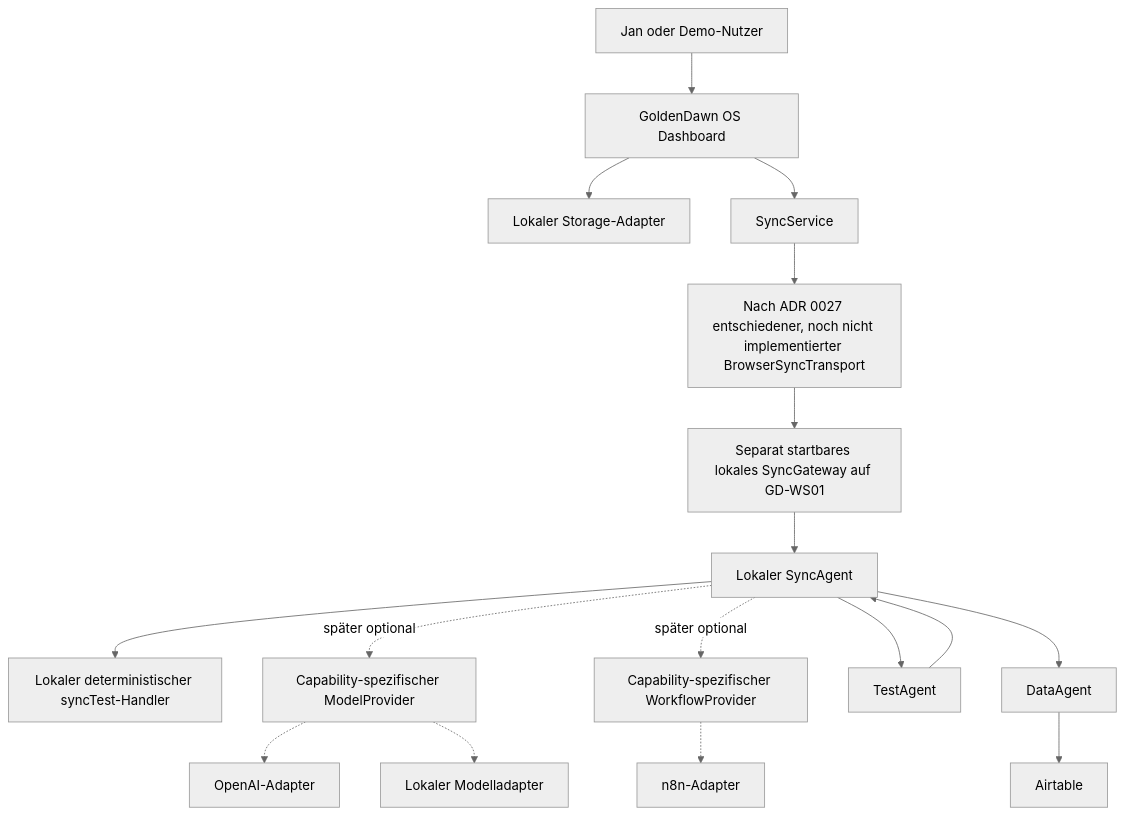
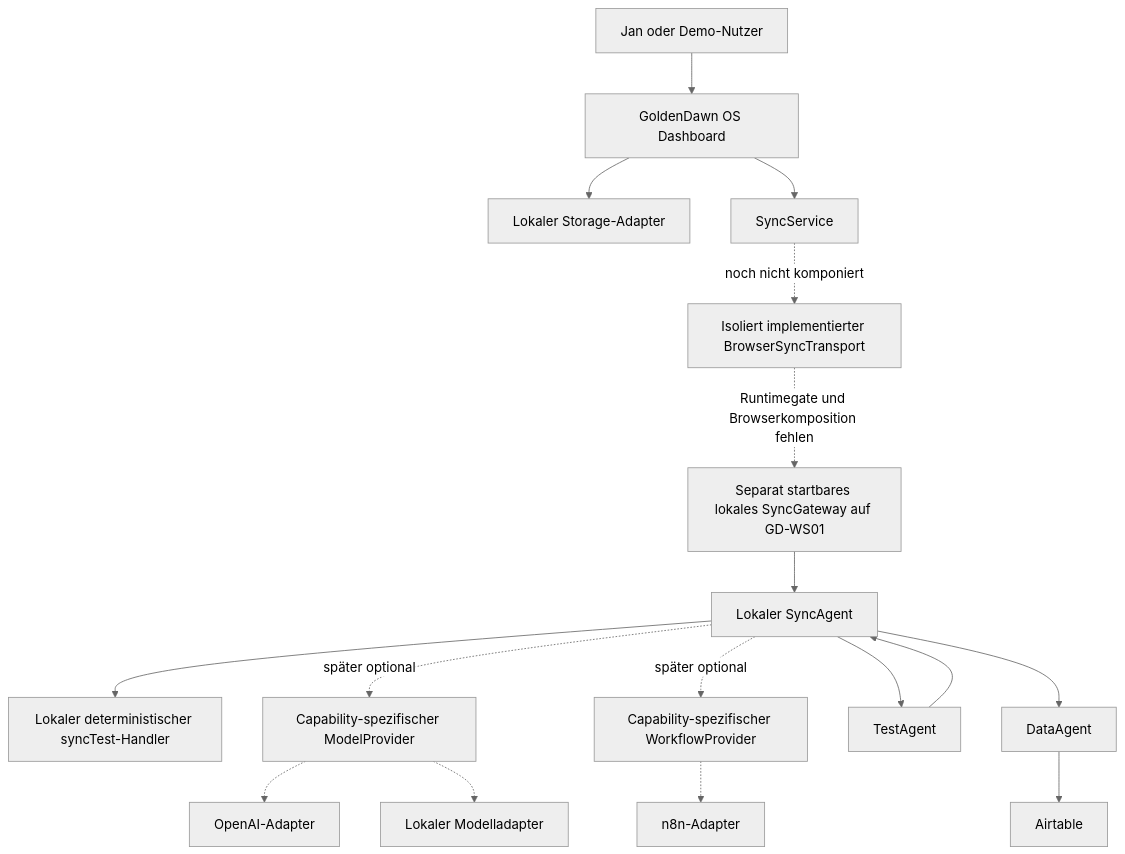
Before and after one commit to Varudan/goldendawn-os: the first of 2 diagrams in docs/architecture.md, drawn with Mermaid (neutral theme). The commit also changed other lines of this file and 11 other files, not shown here.

Commit message:
feat: browser-sync-transport-foundation (#59)

````diff
--- a/docs/architecture.md
+++ b/docs/architecture.md
@@ -62,19 +62,19 @@
 ```mermaid
 flowchart TD
     User["Jan oder Demo-Nutzer"] --> UI["GoldenDawn OS Dashboard"]
     UI --> Local["Lokaler Storage-Adapter"]
     UI --> Sync["SyncService"]
-    Sync --> Transport["Nach ADR 0027 entschiedener, noch nicht implementierter BrowserSyncTransport"]
-    Transport --> Gateway["Separat startbares lokales SyncGateway auf GD-WS01"]
+    Sync -.->|noch nicht komponiert| Transport["Isoliert implementierter BrowserSyncTransport"]
+    Transport -.->|Runtimegate und Browserkomposition fehlen| Gateway["Separat startbares lokales SyncGateway auf GD-WS01"]
     Gateway --> Router["Lokaler SyncAgent"]
     Router --> SyncTest["Lokaler deterministischer syncTest-Handler"]
     Router -.->|später optional| Model["Capability-spezifischer ModelProvider"]
     Model -.-> OpenAI["OpenAI-Adapter"]
     Model -.-> LocalModel["Lokaler Modelladapter"]
     Router -.->|später optional| Workflow["Capability-spezifischer WorkflowProvider"]
     Workflow -.-> N8n["n8n-Adapter"]
     Router --> Test["TestAgent"]
     Router --> Data["DataAgent"]
     Test --> Router
     Data --> Airtable["Airtable"]
 ```
````
